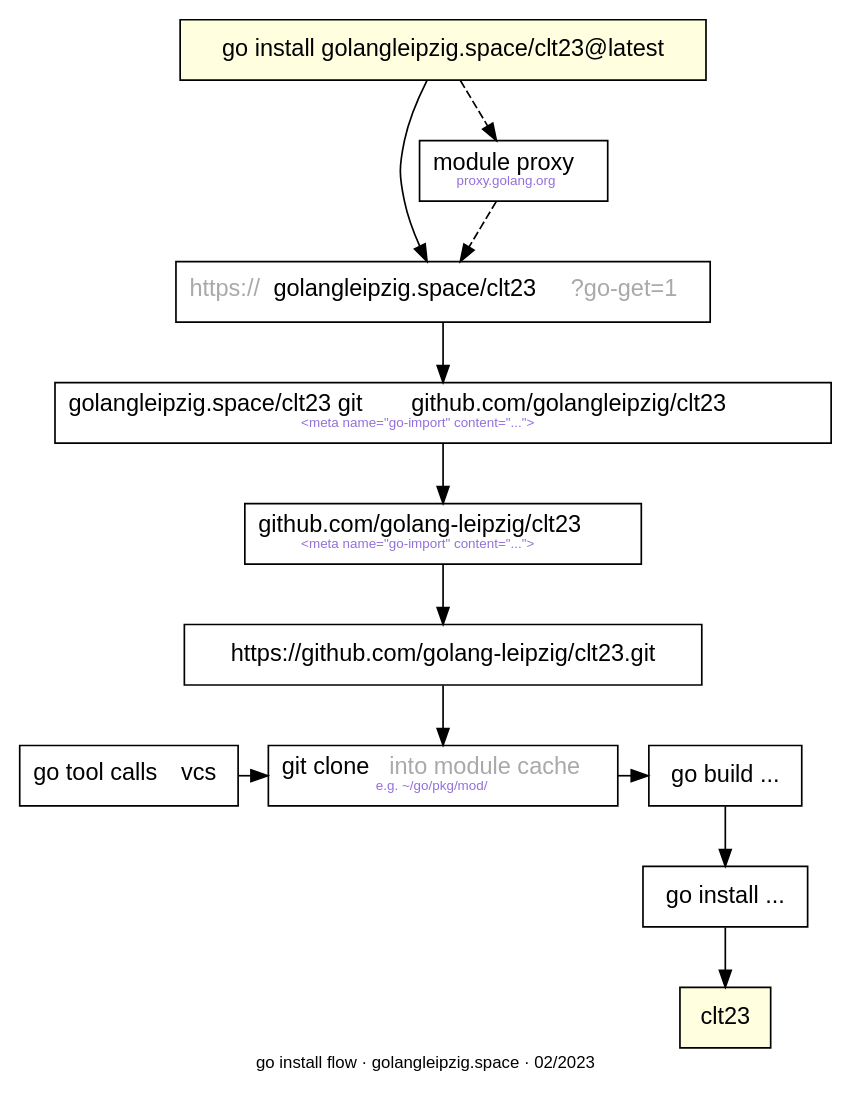
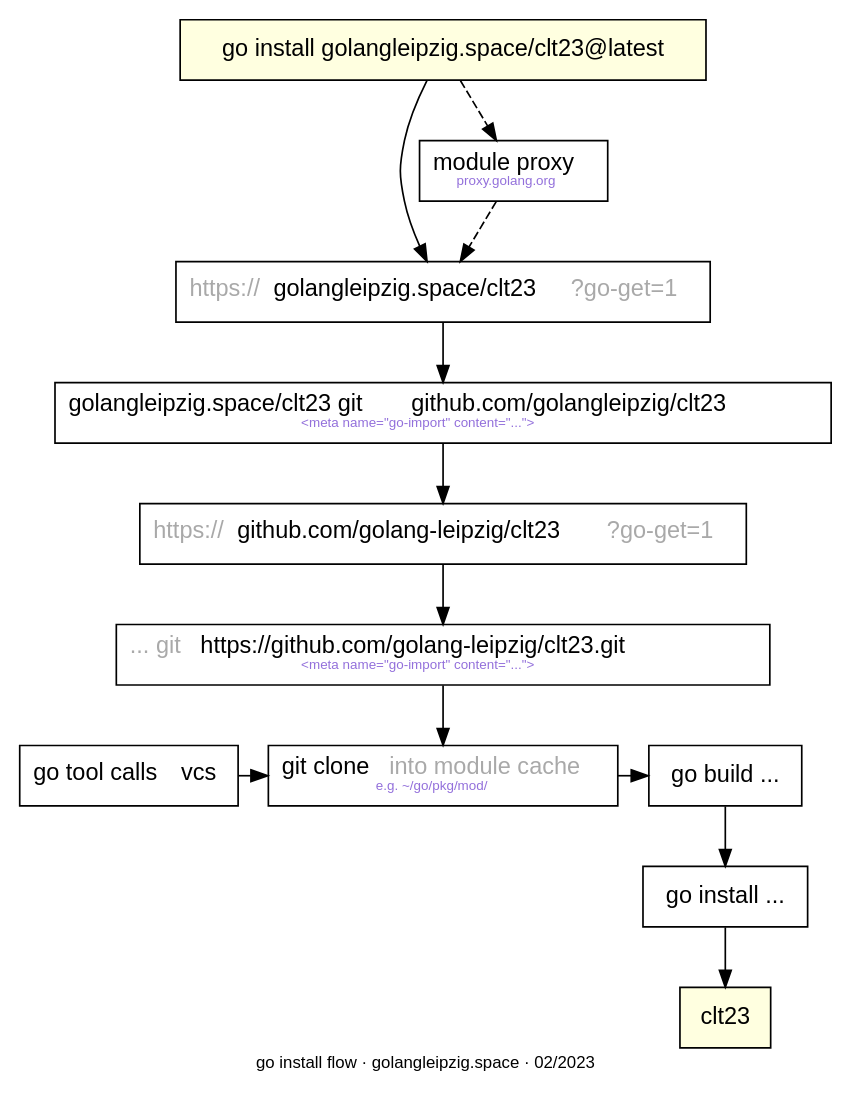
The diagram in flow.dot (golang-leipzig/clt23), drawn with Graphviz before and after one commit. The commit also changed 1 other file, not shown here.

Commit message:
update chart

```diff
--- a/flow.dot
+++ b/flow.dot
@@ -1,35 +1,35 @@
 digraph g {
     label="go install flow &middot; golangleipzig.space &middot; 02/2023" fontsize="10";
     graph [fontname="AvantGarde-Book"];
     node [fontname="AvantGarde-Book" shape="box" pad=0.7];
     edge [fontname="AvantGarde-Book"];
 
     "go install golangleipzig.space/clt23@latest" [style="filled" fillcolor="lightyellow"];
     "golangleipzig.space/clt23" [label=<<FONT COLOR="darkgray">https://</FONT>golangleipzig.space/clt23<FONT COLOR="darkgray">?go-get=1</FONT>>];
     "git clone" [label=<git clone <FONT COLOR="darkgray">https://...</FONT>>];
     "meta" [label=<golangleipzig.space/clt23 git <B>github.com/golangleipzig/clt23</B><BR/><FONT COLOR="mediumpurple" POINT-SIZE="8">&lt;meta name="go-import" content="..."&gt;</FONT>>];
-    "repo" [label=<github.com/golang-leipzig/clt23<BR/><FONT COLOR="mediumpurple" POINT-SIZE="8">&lt;meta name="go-import" content="..."&gt;</FONT>>];
+    "repo" [label=<<FONT COLOR="darkgray">https://</FONT>github.com/golang-leipzig/clt23<FONT COLOR="darkgray">?go-get=1</FONT>>];
     "git clone" [label=<git clone <FONT COLOR="darkgray">into module cache</FONT><BR/><FONT COLOR="mediumpurple" POINT-SIZE="8">e.g. ~/go/pkg/mod/</FONT>>];
     "module proxy" [label=<module proxy<BR/><FONT POINT-SIZE="8" COLOR="mediumpurple">proxy.golang.org</FONT>>];
-    "repourl" [label="https://github.com/golang-leipzig/clt23.git"];
+    "repourl" [label=<<FONT COLOR="darkgray">... git</FONT> <B>https://github.com/golang-leipzig/clt23.git</B><BR/><FONT COLOR="mediumpurple" POINT-SIZE="8">&lt;meta name="go-import" content="..."&gt;</FONT>>];
     "go tool calls vcs" [label=<go tool calls <B>vcs</B>>];
     "clt23" [style="filled" fillcolor="lightyellow"];
 
     "go install golangleipzig.space/clt23@latest" -> "golangleipzig.space/clt23";
 
     "go install golangleipzig.space/clt23@latest" -> "module proxy" [style="dashed"];
     "module proxy" -> "golangleipzig.space/clt23" [style="dashed"];
 
     "golangleipzig.space/clt23" -> "meta";
     "meta" -> "repo";
     "repo" -> "repourl";
     "repourl" -> "git clone";
     "go build ..." -> "go install ...";
 
     {
         rank="same";
         "go tool calls vcs" -> "git clone";
         "git clone" -> "go build ...";
     }
     "go install ..." -> "clt23";
 }
```
